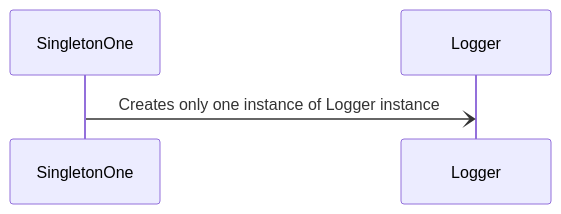
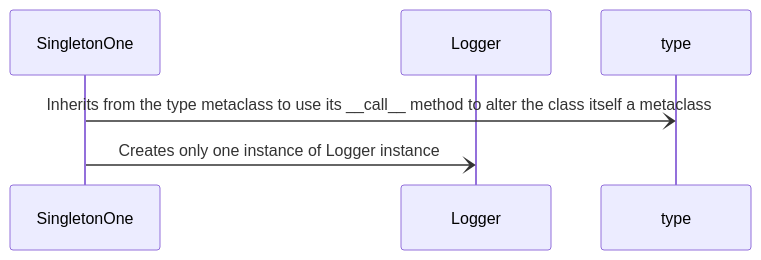
Before and after one commit to Alena-Alexander/Design-Pattern: the second of 4 diagrams in README_DESIGN_PATTERNS.md, drawn with Mermaid. The commit also changed other lines of this file, not shown here.

Commit message:
innit commit

````diff
--- a/README_DESIGN_PATTERNS.md
+++ b/README_DESIGN_PATTERNS.md
@@ -135,7 +135,9 @@
 ```mermaid
 sequenceDiagram
     participant Singleton as SingletonOne
     participant Logger as Logger
+    participant Type as type
     
+    Singleton-)Type: Inherits from the type metaclass to use its __call__ method to alter the class itself a metaclass
     Singleton-)Logger:  Creates only one instance of Logger instance
 ```
````
